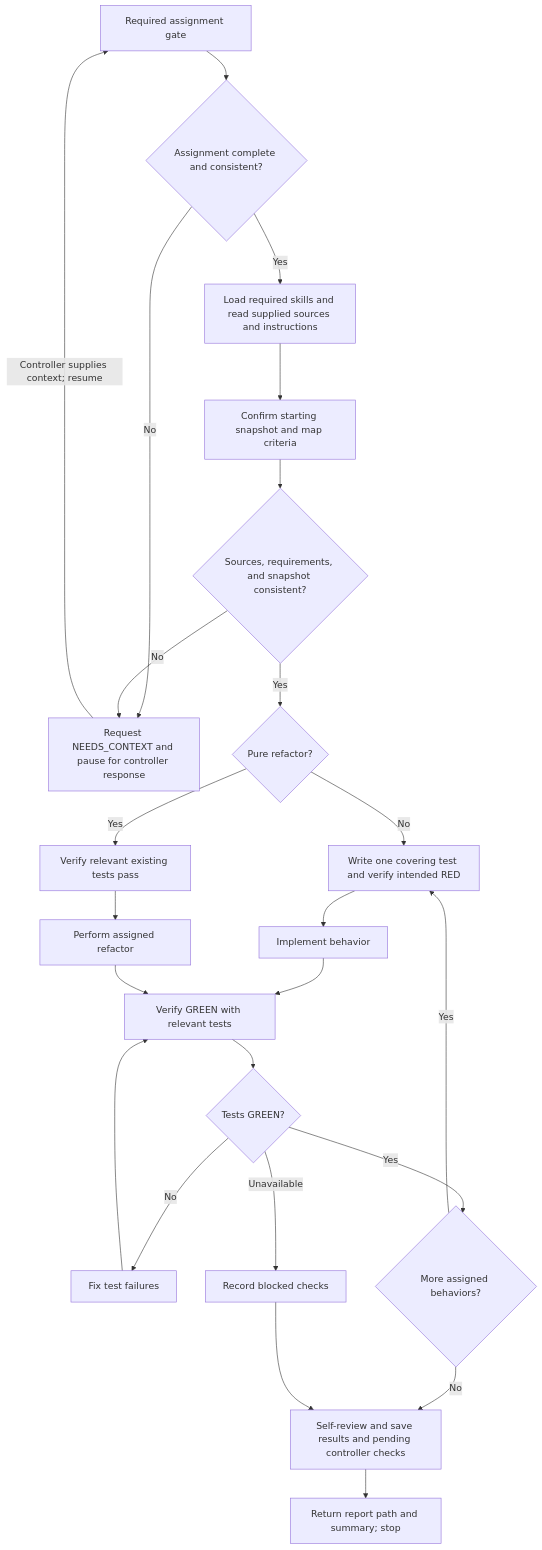
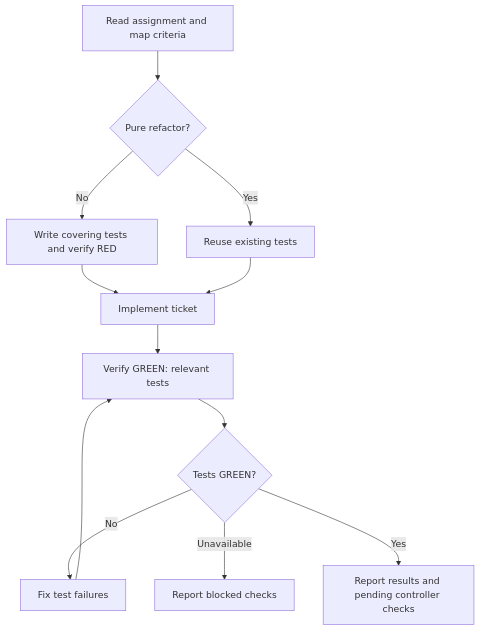
Before and after one commit to UseTheFork/spindle: the diagram in .github/agents/sdd-implementer.agent.md, drawn with Mermaid. The commit also changed other lines of this file and 25 other files, not shown here.

````diff
--- a/.github/agents/sdd-implementer.agent.md
+++ b/.github/agents/sdd-implementer.agent.md
@@ -20,26 +54,14 @@
 ```mermaid
 flowchart TD
-    A[Required assignment gate] --> B{Assignment complete and consistent?}
-    B -- No --> C[Request NEEDS_CONTEXT and pause for controller response]
-    C -- Controller supplies context; resume --> A
-    B -- Yes --> D[Load required skills and read supplied sources and instructions]
-    D --> E[Confirm starting snapshot and map criteria]
-    E --> F{Sources, requirements, and snapshot consistent?}
-    F -- No --> C
-    F -- Yes --> G{Pure refactor?}
-    G -- No --> H[Write one covering test and verify intended RED]
-    G -- Yes --> I[Verify relevant existing tests pass]
-    H --> J[Implement behavior]
-    I --> K[Perform assigned refactor]
-    J --> L[Verify GREEN with relevant tests]
-    K --> L
-    L --> M{Tests GREEN?}
-    M -- No --> N[Fix test failures]
-    N --> L
-    M -- Unavailable --> O[Record blocked checks]
-    M -- Yes --> P{More assigned behaviors?}
-    P -- Yes --> H
-    P -- No --> Q[Self-review and save results and pending controller checks]
-    O --> Q
-    Q --> R[Return report path and summary; stop]
+    A[Read assignment and map criteria] --> B{Pure refactor?}
+    B -- No --> C[Write covering tests and verify RED]
+    B -- Yes --> D[Reuse existing tests]
+    C --> E[Implement ticket]
+    D --> E
+    E --> F[Verify GREEN: relevant tests]
+    F --> G{Tests GREEN?}
+    G -- No --> H[Fix test failures]
+    H --> F
+    G -- Unavailable --> R[Report blocked checks]
+    G -- Yes --> O[Report results and pending controller checks]
 ```
````
